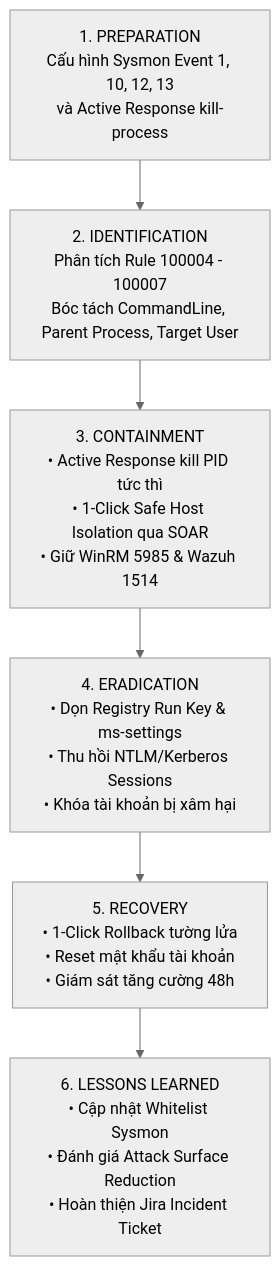
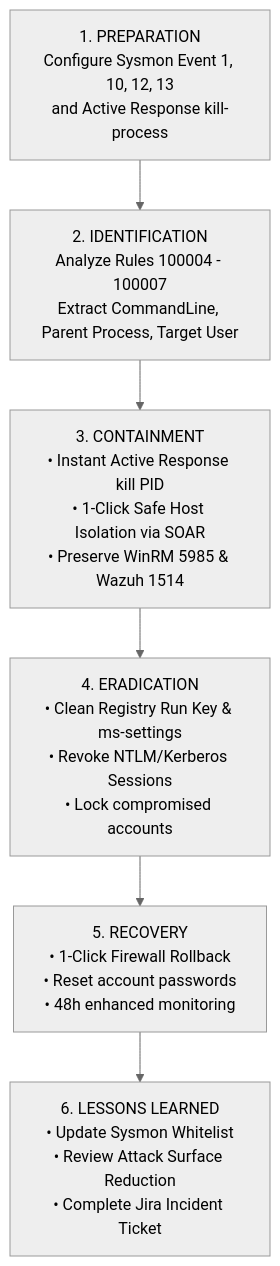
Before and after one commit to tofan0810/Wazuh-SOC-lab: the diagram in playbooks/SOP-04_Endpoint_Kill_Chain_Response.md, drawn with Mermaid (neutral theme). The commit also changed other lines of this file and 55 other files, not shown here.

````diff
--- a/playbooks/SOP-04_Endpoint_Kill_Chain_Response.md
+++ b/playbooks/SOP-04_Endpoint_Kill_Chain_Response.md
@@ -24,8 +24,8 @@
 ```mermaid
 flowchart TD
-    P1["1. PREPARATION<br/>Cấu hình Sysmon Event 1, 10, 12, 13<br/>và Active Response kill-process"] --> P2["2. IDENTIFICATION<br/>Phân tích Rule 100004 - 100007<br/>Bóc tách CommandLine, Parent Process, Target User"]
-    P2 --> P3["3. CONTAINMENT<br/>• Active Response kill PID tức thì<br/>• 1-Click Safe Host Isolation qua SOAR<br/>• Giữ WinRM 5985 & Wazuh 1514"]
-    P3 --> P4["4. ERADICATION<br/>• Dọn Registry Run Key & ms-settings<br/>• Thu hồi NTLM/Kerberos Sessions<br/>• Khóa tài khoản bị xâm hại"]
-    P4 --> P5["5. RECOVERY<br/>• 1-Click Rollback tường lửa<br/>• Reset mật khẩu tài khoản<br/>• Giám sát tăng cường 48h"]
-    P5 --> P6["6. LESSONS LEARNED<br/>• Cập nhật Whitelist Sysmon<br/>• Đánh giá Attack Surface Reduction<br/>• Hoàn thiện Jira Incident Ticket"]
+    P1["1. PREPARATION<br/>Configure Sysmon Event 1, 10, 12, 13<br/>and Active Response kill-process"] --> P2["2. IDENTIFICATION<br/>Analyze Rules 100004 - 100007<br/>Extract CommandLine, Parent Process, Target User"]
+    P2 --> P3["3. CONTAINMENT<br/>• Instant Active Response kill PID<br/>• 1-Click Safe Host Isolation via SOAR<br/>• Preserve WinRM 5985 & Wazuh 1514"]
+    P3 --> P4["4. ERADICATION<br/>• Clean Registry Run Key & ms-settings<br/>• Revoke NTLM/Kerberos Sessions<br/>• Lock compromised accounts"]
+    P4 --> P5["5. RECOVERY<br/>• 1-Click Firewall Rollback<br/>• Reset account passwords<br/>• 48h enhanced monitoring"]
+    P5 --> P6["6. LESSONS LEARNED<br/>• Update Sysmon Whitelist<br/>• Review Attack Surface Reduction<br/>• Complete Jira Incident Ticket"]
 ```
````
